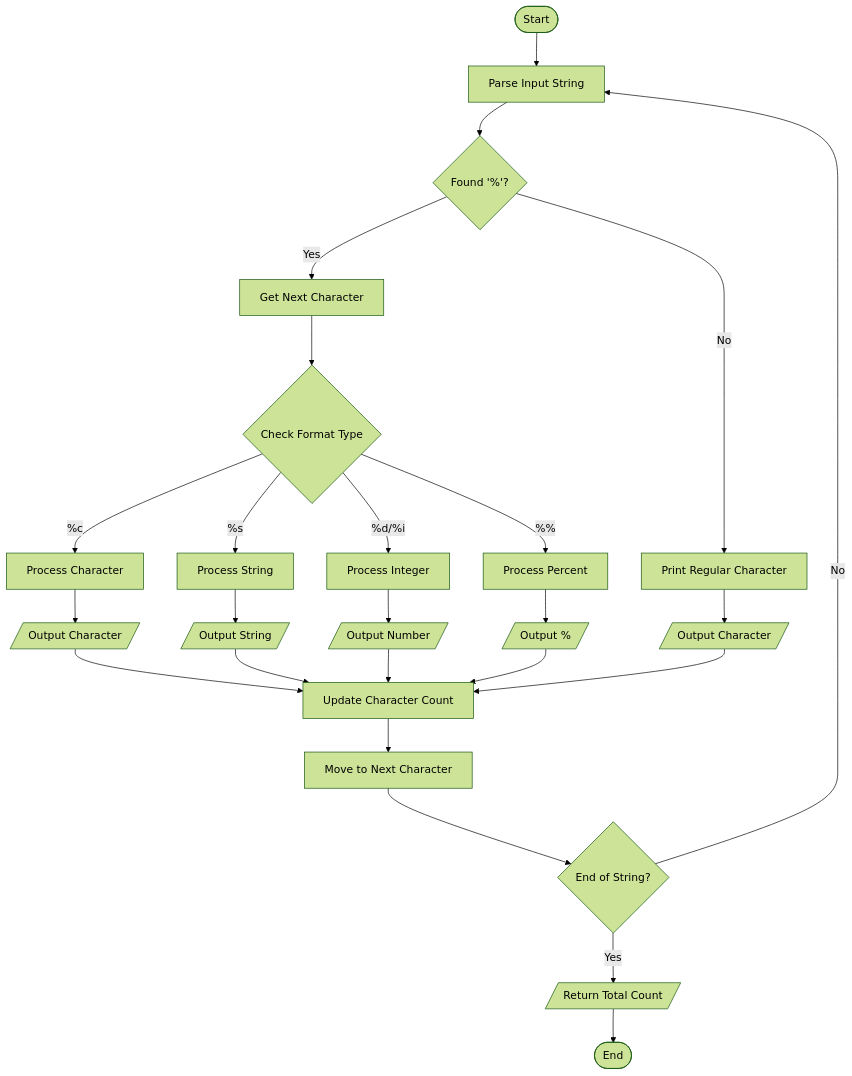
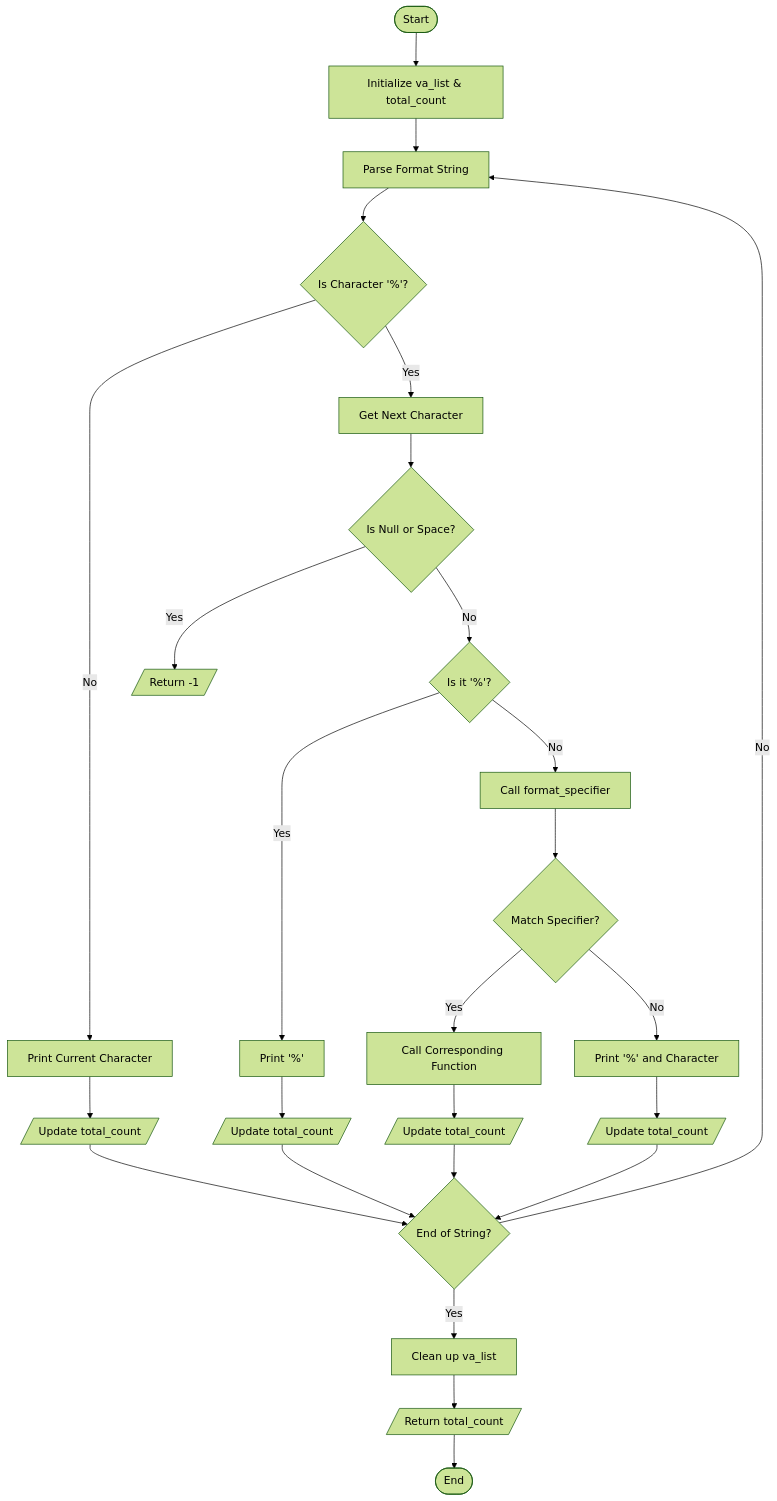
Before and after one commit to neodwin/holbertonschool-printf: the diagram in README.md, drawn with Mermaid (forest theme).

Commit message:
Update flowchart README

````diff
--- a/README.md
+++ b/README.md
@@ -100,33 +100,36 @@
 ```mermaid
 flowchart TD
-    Start([Start]) --> Process[Parse Input String]
-    Process --> Decision{Found '%'?}
+    Start([Start]) --> Init[Initialize va_list & total_count]
+    Init --> ParseString[Parse Format String]
+    ParseString --> CheckChar{Is Character '%'?}
     
-    Decision -->|No| Print[Print Regular Character]
-    Decision -->|Yes| GetNext[Get Next Character]
+    CheckChar -->|No| PrintChar[Print Current Character]
+    PrintChar --> UpdateCount1[/Update total_count/]
     
-    GetNext --> FormatCheck{Check Format Type}
+    CheckChar -->|Yes| NextChar[Get Next Character]
+    NextChar --> CheckNull{Is Null or Space?}
+    CheckNull -->|Yes| ReturnError[/Return -1/]
     
-    FormatCheck -->|%c| CharProcess[Process Character]
-    FormatCheck -->|%s| StringProcess[Process String]
-    FormatCheck -->|%d/%i| IntProcess[Process Integer]
-    FormatCheck -->|%%| PercentProcess[Process Percent]
+    CheckNull -->|No| CheckPercent{Is it '%'?}
+    CheckPercent -->|Yes| PrintPercent[Print '%']
+    PrintPercent --> UpdateCount2[/Update total_count/]
     
-    CharProcess --> Output1[/Output Character/]
-    StringProcess --> Output2[/Output String/]
-    IntProcess --> Output3[/Output Number/]
-    PercentProcess --> Output4[/Output %/]
-    Print --> Output5[/Output Character/]
+    CheckPercent -->|No| FormatSpec[Call format_specifier]
+    FormatSpec --> FindSpec{Match Specifier?}
     
-    Output1 --> Count[Update Character Count]
-    Output2 --> Count
-    Output3 --> Count
-    Output4 --> Count
-    Output5 --> Count
+    FindSpec -->|Yes| CallFunc[Call Corresponding Function]
+    CallFunc --> UpdateCount3[/Update total_count/]
     
-    Count --> NextChar[Move to Next Character]
-    NextChar --> EndCheck{End of String?}
-    EndCheck -->|No| Process
-    EndCheck -->|Yes| ReturnCount[/Return Total Count/]
+    FindSpec -->|No| PrintBoth[Print '%' and Character]
+    PrintBoth --> UpdateCount4[/Update total_count/]
+    
+    UpdateCount1 --> Continue{End of String?}
+    UpdateCount2 --> Continue
+    UpdateCount3 --> Continue
+    UpdateCount4 --> Continue
+    
+    Continue -->|No| ParseString
+    Continue -->|Yes| CleanUp[Clean up va_list]
+    CleanUp --> ReturnCount[/Return total_count/]
     ReturnCount --> End([End])
 ```
````
